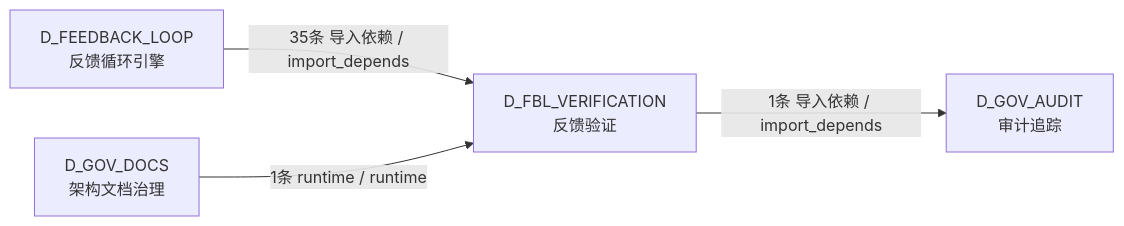
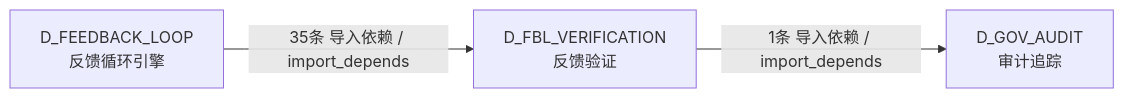
Before and after one commit to xuanFelixVan/ZephyrAlpha: the sixth of 6 diagrams in docs/02_enterprise_architecture/02_domain_architecture_docs/13_d_fbl_verification.md, drawn with Mermaid. The commit also changed other lines of this file and 102 other files, not shown here.

````diff
--- a/docs/02_enterprise_architecture/02_domain_architecture_docs/13_d_fbl_verification.md
+++ b/docs/02_enterprise_architecture/02_domain_architecture_docs/13_d_fbl_verification.md
@@ -496,10 +490,8 @@
 ```mermaid
 graph LR
     D_FBL_VERIFICATION["D_FBL_VERIFICATION<br/>反馈验证"]
     D_GOV_AUDIT["D_GOV_AUDIT<br/>审计追踪"]
     D_FEEDBACK_LOOP["D_FEEDBACK_LOOP<br/>反馈循环引擎"]
-    D_GOV_DOCS["D_GOV_DOCS<br/>架构文档治理"]
     D_FBL_VERIFICATION -->|1条 导入依赖 / import_depends| D_GOV_AUDIT
     D_FEEDBACK_LOOP -->|35条 导入依赖 / import_depends| D_FBL_VERIFICATION
-    D_GOV_DOCS -->|1条 runtime / runtime| D_FBL_VERIFICATION
 ```
````
